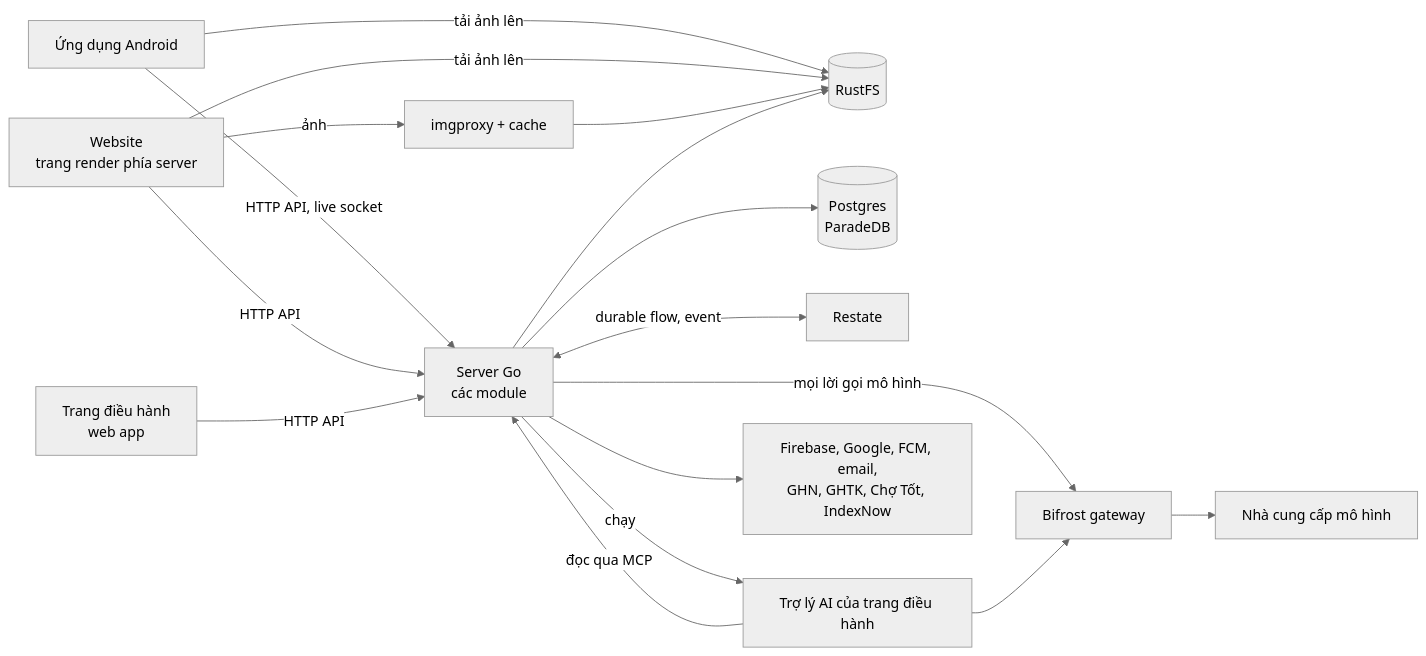
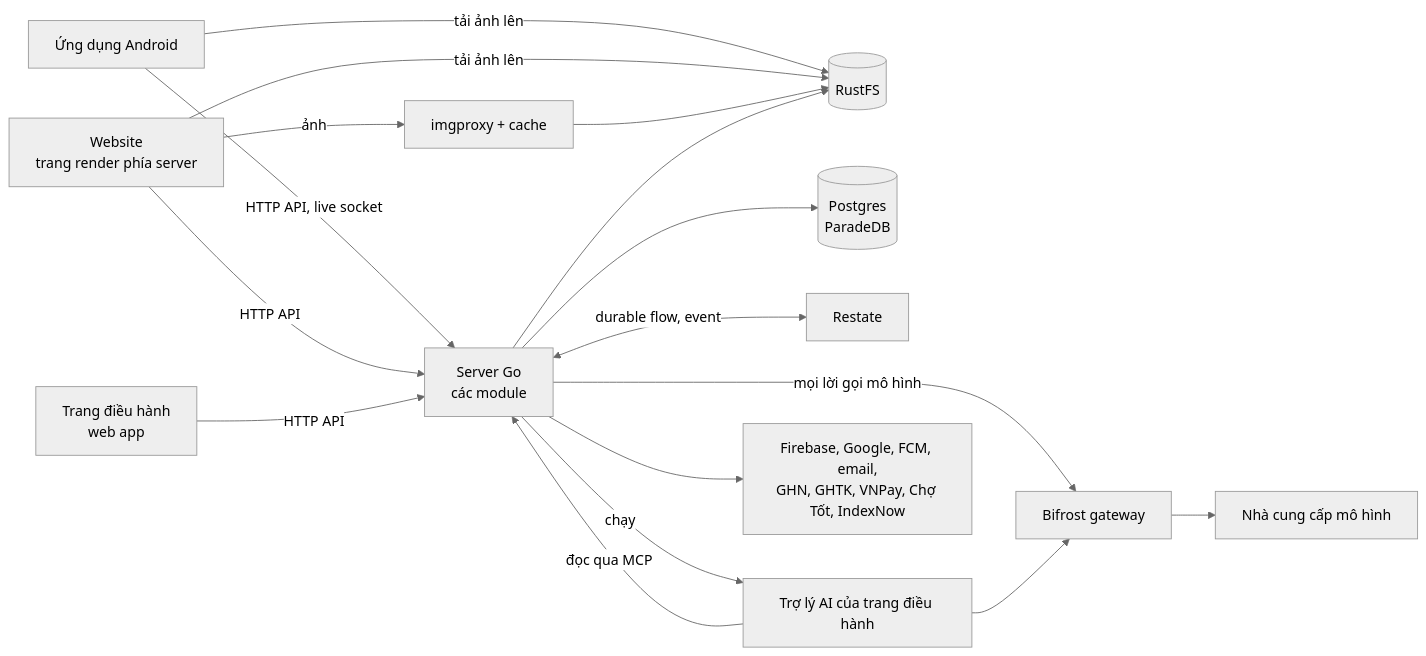
The diagram in web/src/content/docs/vi/architecture/index.mdx (shopnexus/docs), drawn with Mermaid (neutral theme) before and after one commit. The commit also changed other lines of this file and 27 other files, not shown here.

````diff
--- a/web/src/content/docs/vi/architecture/index.mdx
+++ b/web/src/content/docs/vi/architecture/index.mdx
@@ -18,17 +18,17 @@
 ```mermaid title="Toàn bộ hệ thống"
 flowchart LR
   app[Ứng dụng Android] -->|HTTP API, live socket| server
   web[Website<br/>trang render phía server] -->|HTTP API| server
   console[Trang điều hành<br/>web app] -->|HTTP API| server
   app & web -->|tải ảnh lên| rustfs[(RustFS)]
   web -->|ảnh| img[imgproxy + cache] --> rustfs
   server[Server Go<br/>các module] --> pg[(Postgres<br/>ParadeDB)]
   server <-->|durable flow, event| restate[Restate]
   server --> rustfs
   server -->|mọi lời gọi mô hình| bifrost[Bifrost gateway]
   agent[Trợ lý AI của trang điều hành] -->|đọc qua MCP| server
   server -->|chạy| agent
   agent --> bifrost
   bifrost --> llm[Nhà cung cấp mô hình]
-  server --> outside[Firebase, Google, FCM, email,<br/>GHN, GHTK, Chợ Tốt, IndexNow]
+  server --> outside[Firebase, Google, FCM, email,<br/>GHN, GHTK, VNPay, Chợ Tốt, IndexNow]
 ```
````
